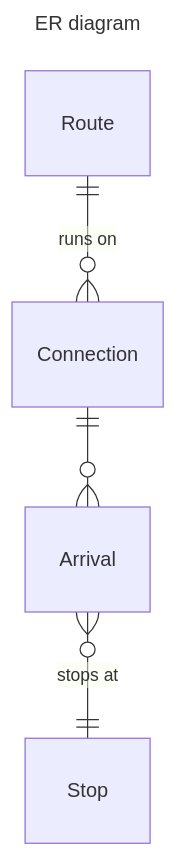
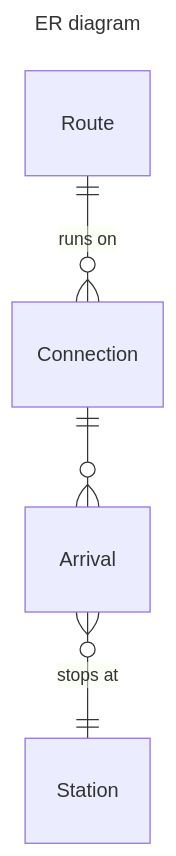
Before and after one commit to drewg3r/trout: the first of 8 diagrams in docs/docs/technical-design/models.md, drawn with Mermaid. The commit also changed other lines of this file, not shown here.

````diff
--- a/docs/docs/technical-design/models.md
+++ b/docs/docs/technical-design/models.md
@@ -3,10 +3,10 @@
 ```mermaid
 ---
 title: ER diagram
 ---
 erDiagram
 
 	Route ||--o{ Connection : "runs on"
 	Connection ||--o{ Arrival : ""
-	Arrival }o--|| Stop : "stops at"
+	Arrival }o--|| Station : "stops at"
 ```
````
